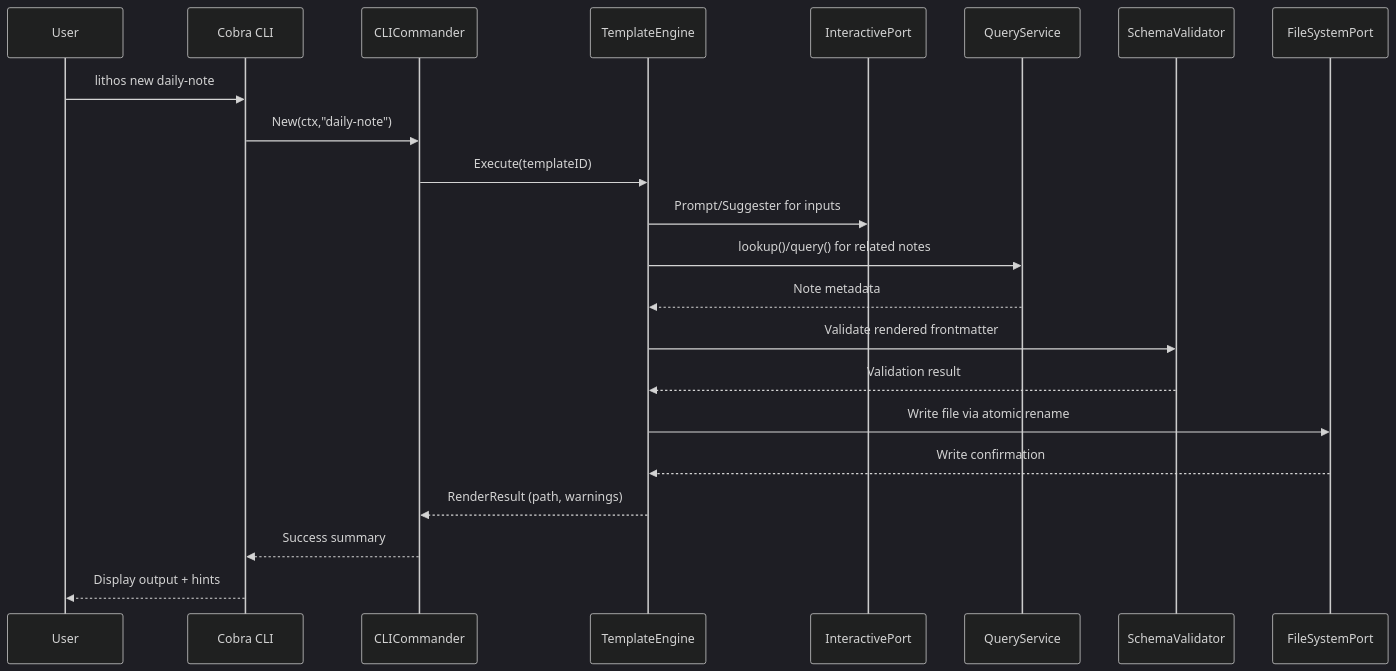
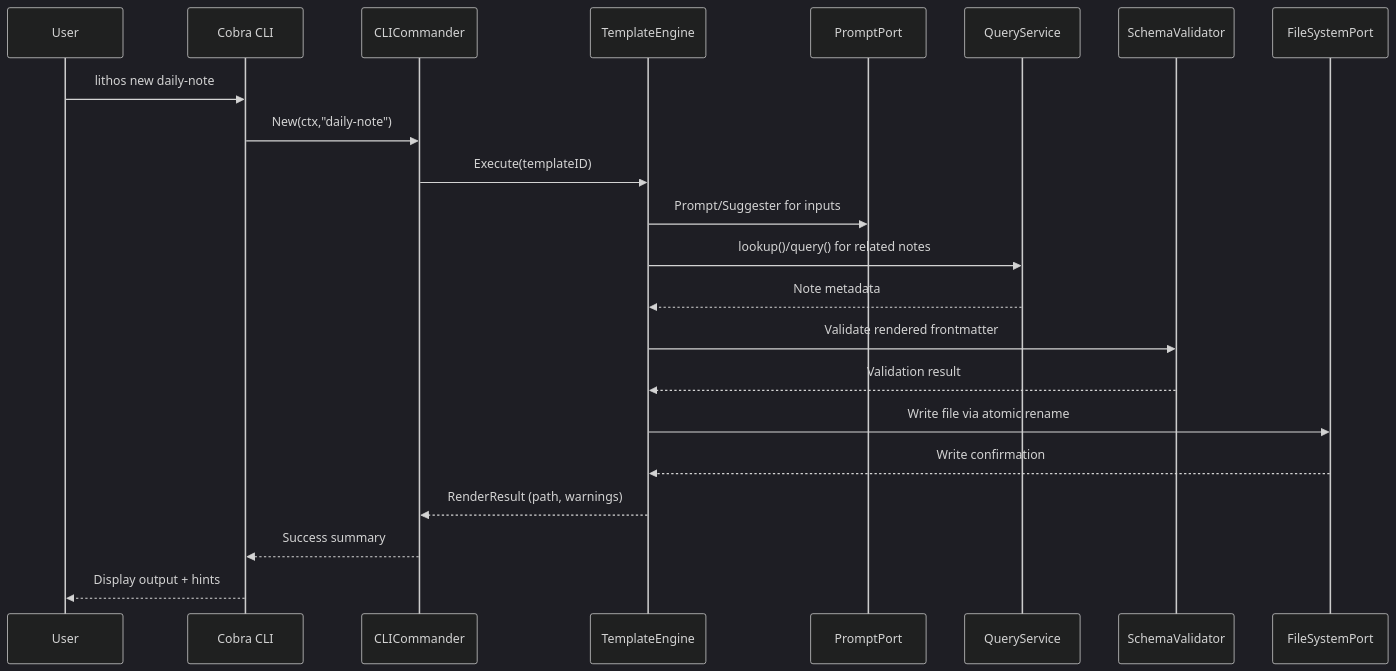
Before and after one commit to JackMatanky/lithos: the first of 3 diagrams in docs/architecture/core-workflows.md, drawn with Mermaid (dark theme). The commit also changed other lines of this file and 1 other file, not shown here.

Commit message:
docs(arch): standardize port naming and modernize core sequence diagrams

````diff
--- a/docs/architecture/core-workflows.md
+++ b/docs/architecture/core-workflows.md
@@ -5,25 +5,25 @@
 ```mermaid
 sequenceDiagram
     participant User
     participant CLI as Cobra CLI
     participant CO as CLICommander
     participant TE as TemplateEngine
-    participant INT as InteractivePort
+    participant PRO as PromptPort
     participant QS as QueryService
     participant SV as SchemaValidator
     participant FS as FileSystemPort
 
     User->>CLI: lithos new daily-note
     CLI->>CO: New(ctx,"daily-note")
     CO->>TE: Execute(templateID)
-    TE->>INT: Prompt/Suggester for inputs
+    TE->>PRO: Prompt/Suggester for inputs
     TE->>QS: lookup()/query() for related notes
     QS-->>TE: Note metadata
     TE->>SV: Validate rendered frontmatter
     SV-->>TE: Validation result
     TE->>FS: Write file via atomic rename
     FS-->>TE: Write confirmation
     TE-->>CO: RenderResult (path, warnings)
     CO-->>CLI: Success summary
     CLI-->>User: Display output + hints
 ```
````
